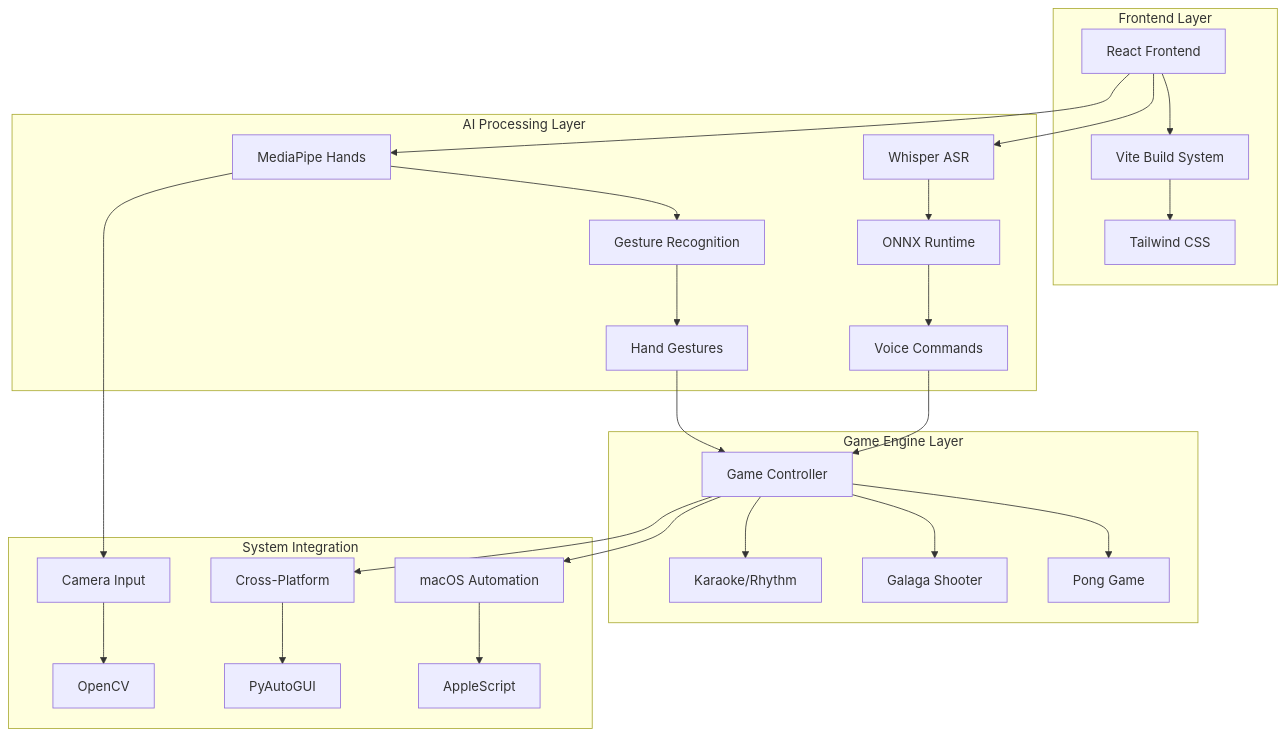
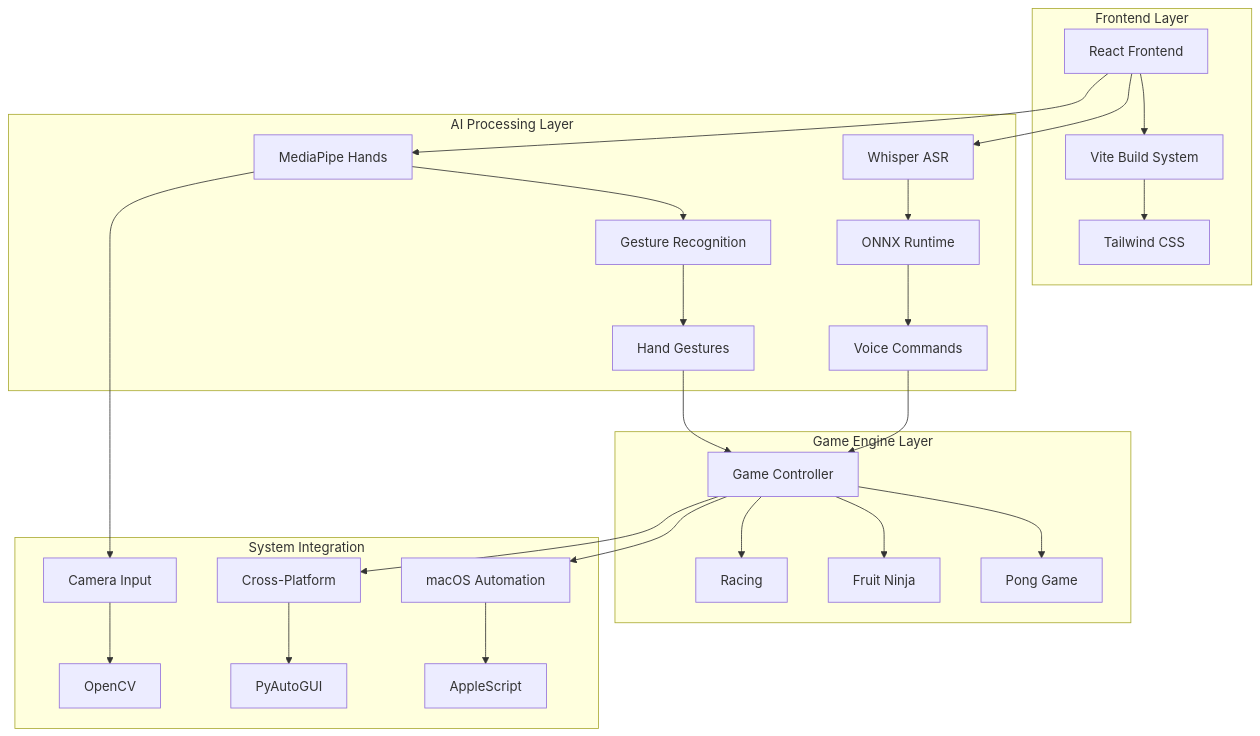
One commit to gunnchOS3k/EdgeGesture-Fall-2025-Edge-AI-Qualcomm-Hackathon changed the diagram in README.md. Above: the diagram before and after it, drawn with Mermaid. The commit also changed other lines of this file, not shown here.

````diff
--- a/README.md
+++ b/README.md
@@ -39,34 +39,34 @@
 ```mermaid
 graph TB
     subgraph "Frontend Layer"
         A[React Frontend] --> B[Vite Build System]
         B --> C[Tailwind CSS]
     end
     
     subgraph "AI Processing Layer"
         D[Whisper ASR] --> E[ONNX Runtime]
         F[MediaPipe Hands] --> G[Gesture Recognition]
         E --> H[Voice Commands]
         G --> I[Hand Gestures]
     end
     
     subgraph "Game Engine Layer"
         H --> J[Game Controller]
         I --> J
         J --> K[Pong Game]
-        J --> L[Galaga Shooter]
-        J --> M[Karaoke/Rhythm]
+        J --> L[Fruit Ninja]
+        J --> M[Racing]
     end
     
     subgraph "System Integration"
         N[macOS Automation] --> O[AppleScript]
         P[Cross-Platform] --> Q[PyAutoGUI]
         R[Camera Input] --> S[OpenCV]
     end
     
     A --> D
     A --> F
     J --> N
     J --> P
     F --> R
 ```
````
